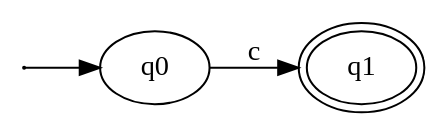
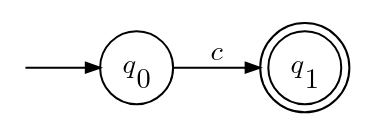
Before and after one commit to karlstroetmann/Formal-Languages: the diagram in Lecture-Notes/Abbildungen/aChar.dot, drawn with Graphviz. The commit also changed other lines of this file and 37 other files, not shown here.

```diff
--- a/Lecture-Notes/Abbildungen/aChar.dot
+++ b/Lecture-Notes/Abbildungen/aChar.dot
@@ -1,8 +1,15 @@
-digraph G {    
+digraph G {
+    // The labels use the font Latin Modern Math (from TeX Live), so they look
+    // like $q_0$, $A(r)$ and $\varepsilon$ in the lecture notes.
     rankdir=LR;
-    size = "5,7";
+    fontname="Latin Modern Math";
+    fontsize=14;
+    node [shape=circle, fixedsize=true, width=0.5,
+          fontname="Latin Modern Math", fontsize=14];
+    edge [fontname="Latin Modern Math", fontsize=14, arrowsize=0.7];
+    1 [shape=none, label="", width=0, height=0];
     1 -> q0;
-    1 [label="",width=0.00001,height=0.00001];
-    q0 -> q1 [label="c"];
-    q1  [peripheries=2];
+    q0 [label=<𝑞<SUB>0</SUB>>];
+    q1 [label=<𝑞<SUB>1</SUB>>, shape=doublecircle];
+    q0 -> q1 [label="𝑐"];
 }
```
